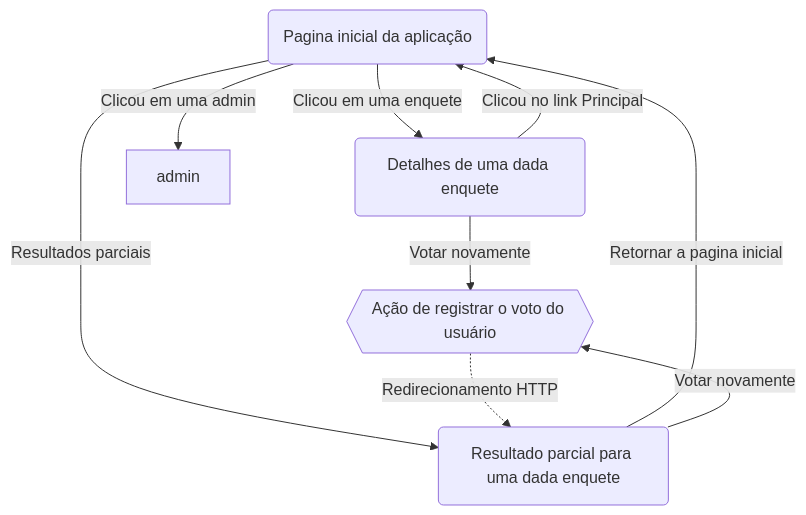
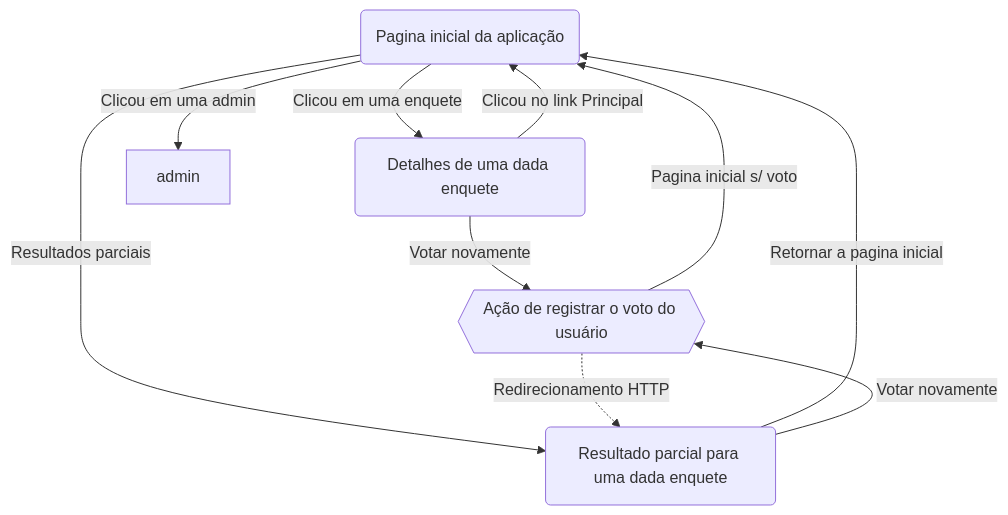
Before and after one commit to Fingoon/dsweb2022.1: the diagram in docs/mapa_do_site.md, drawn with Mermaid.

````diff
--- a/docs/mapa_do_site.md
+++ b/docs/mapa_do_site.md
@@ -5,15 +5,16 @@
 ```mermaid
 flowchart TD
   index(Pagina inicial da aplicação)
   detail(Detalhes de uma dada enquete)
   vote{{Ação de registrar o voto do usuário}}
   results(Resultado parcial para uma dada enquete)
   index -- Clicou em uma enquete--> detail
   index -- Clicou em uma admin--> admin
   index -- Resultados parciais--> results
   detail -- Clicou no link Principal--> index
   detail -- Votar novamente--> vote
   vote -. Redirecionamento HTTP .-> results
+  vote -- Pagina inicial s/ voto --> index
   results --Retornar a pagina inicial-->index
   results --Votar novamente-->vote
 ```
````
